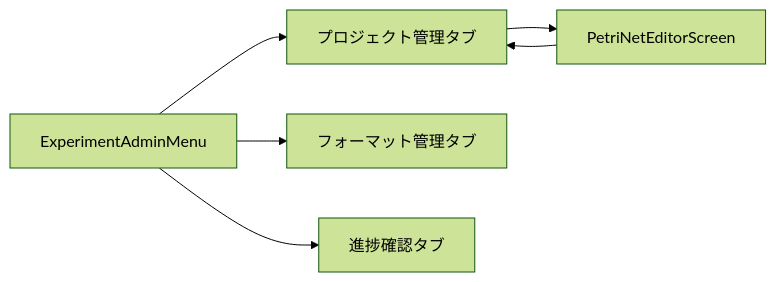
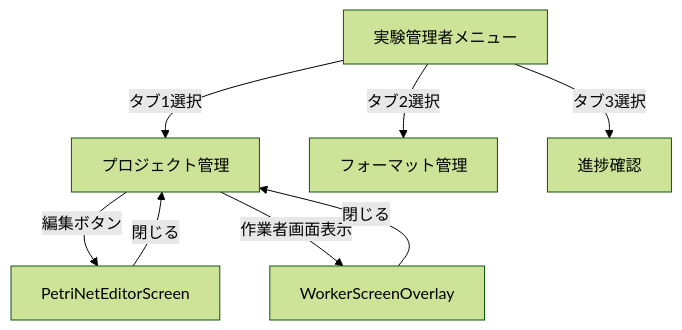
Before and after one commit to HisashiShimada/AlcheMia_Prod_PH2: the diagram in docs/design/ui/experiment_admin/00_menu/ui_experiment_admin_menu.md, drawn with Mermaid (forest theme). The commit also changed other lines of this file and 65 other files, not shown here.

````diff
--- a/docs/design/ui/experiment_admin/00_menu/ui_experiment_admin_menu.md
+++ b/docs/design/ui/experiment_admin/00_menu/ui_experiment_admin_menu.md
@@ -68,8 +105,10 @@
 ```mermaid
-graph LR
-    A[ExperimentAdminMenu] --> B[プロジェクト管理タブ]
-    A --> C[フォーマット管理タブ]
-    A --> D[進捗確認タブ]
-    B --> E[PetriNetEditorScreen]
-    E --> B
+graph TD
+    A[実験管理者メニュー] -->|タブ1選択| B[プロジェクト管理]
+    A -->|タブ2選択| C[フォーマット管理]
+    A -->|タブ3選択| D[進捗確認]
+    B -->|編集ボタン| E[PetriNetEditorScreen]
+    B -->|作業者画面表示| F[WorkerScreenOverlay]
+    E -->|閉じる| B
+    F -->|閉じる| B
 ```
````
